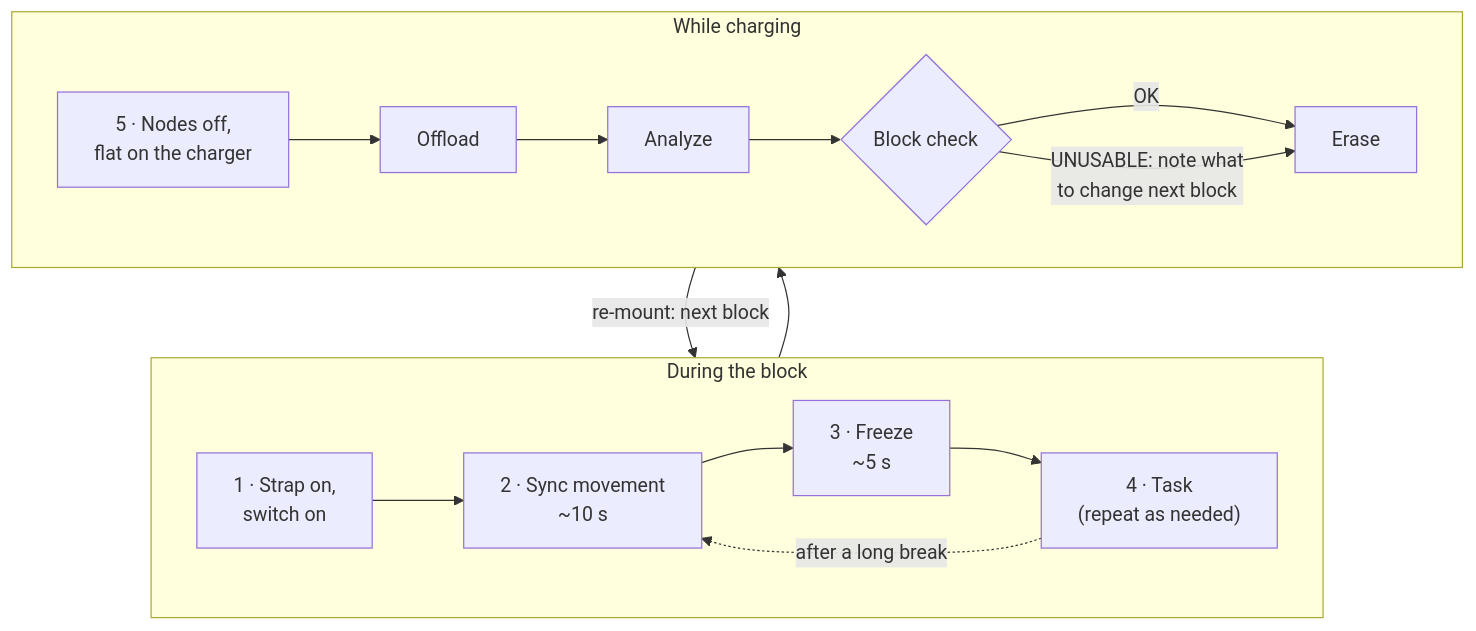
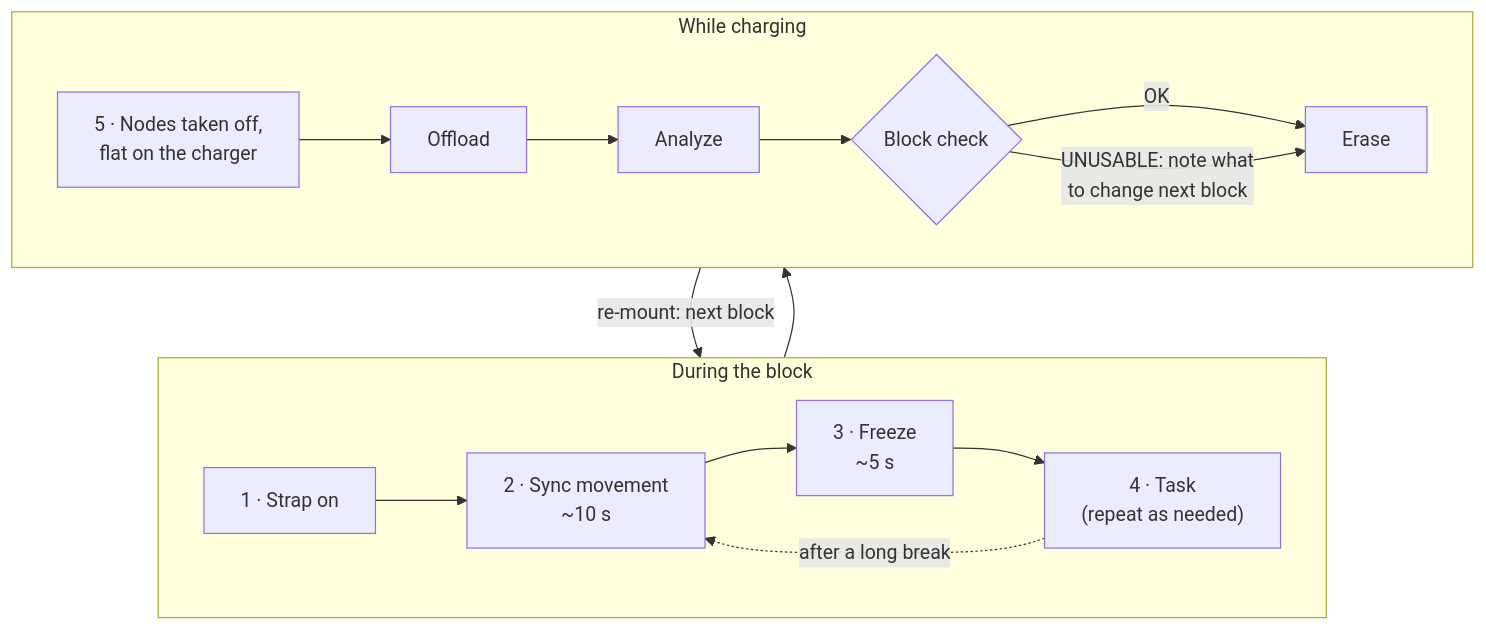
One commit to Jamie215/HULC_motionshirt changed the second of 3 diagrams in docs/SOP.md. Above: the diagram before and after it, drawn with Mermaid. The commit also changed other lines of this file and 1 other file, not shown here.

First line of the commit message:
Docs: nodes have no power switch; why each block re-syncs

````diff
--- a/docs/SOP.md
+++ b/docs/SOP.md
@@ -375,16 +375,16 @@
 ```mermaid
 flowchart TB
     subgraph B["During the block"]
         direction LR
-        S["1 · Strap on,<br/>switch on"] --> Y["2 · Sync movement<br/>~10 s"] --> F["3 · Freeze<br/>~5 s"] --> T["4 · Task<br/>(repeat as needed)"]
+        S["1 · Strap on"] --> Y["2 · Sync movement<br/>~10 s"] --> F["3 · Freeze<br/>~5 s"] --> T["4 · Task<br/>(repeat as needed)"]
         T -. "after a long break" .-> Y
     end
     subgraph CH["While charging"]
         direction LR
-        O["5 · Nodes off,<br/>flat on the charger"] --> OF["Offload"] --> A["Analyze"] --> C{"Block check"}
+        O["5 · Nodes taken off,<br/>flat on the charger"] --> OF["Offload"] --> A["Analyze"] --> C{"Block check"}
         C -- OK --> E["Erase"]
         C -- "UNUSABLE: note what<br/>to change next block" --> E
     end
     T --> O
     E -- "re-mount: next block" --> S
 ```
````
